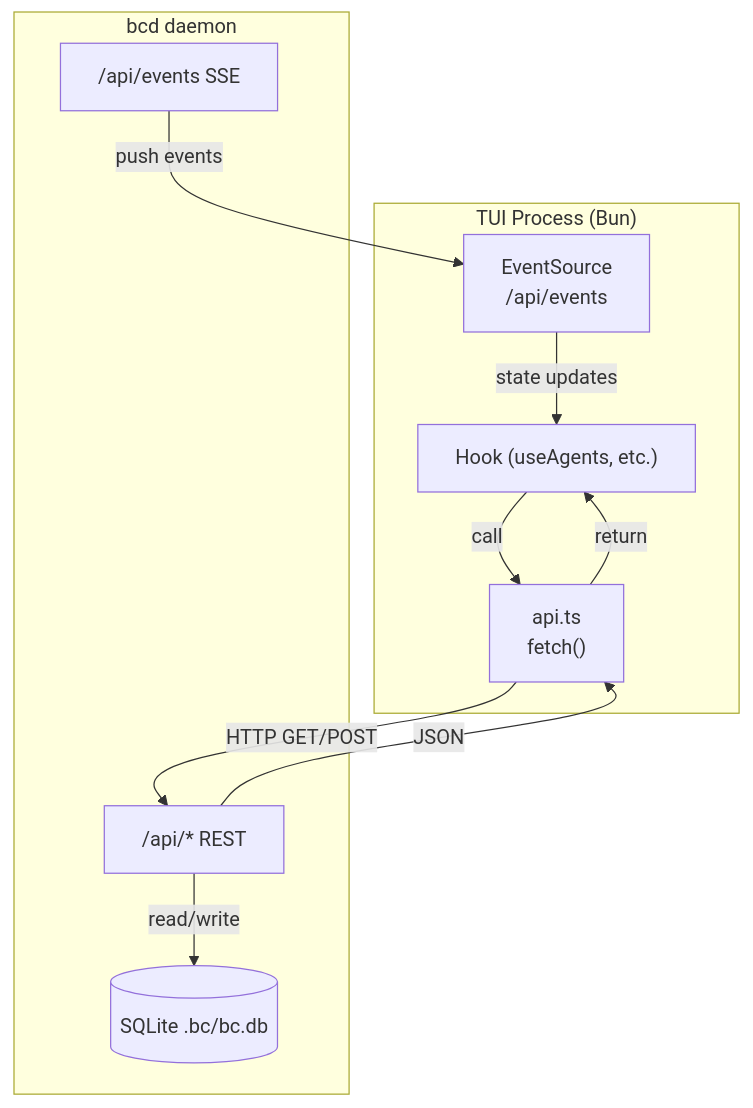
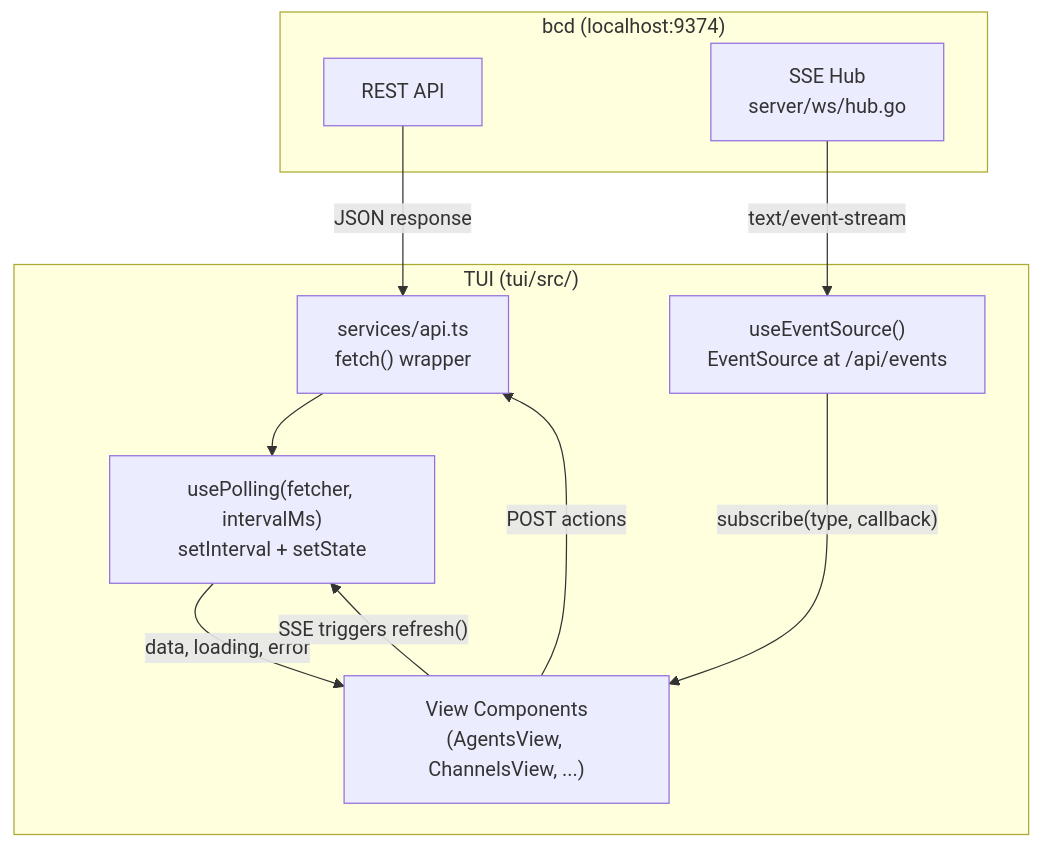
One commit to gh-curious-otter/bc changed the third of 6 diagrams in docs/architecture/frontend-data-flow.md. Above: the diagram before and after it, drawn with Mermaid. The commit also changed other lines of this file, not shown here.

Commit message:
docs: rewrite frontend-data-flow.md — TUI is API client, remove legacy framing

````diff
--- a/docs/architecture/frontend-data-flow.md
+++ b/docs/architecture/frontend-data-flow.md
@@ -113,23 +317,22 @@
 ```mermaid
 flowchart TD
-    subgraph TUI["TUI Process (Bun)"]
-        Hook["Hook (useAgents, etc.)"]
-        Client["api.ts\nfetch()"]
-        SSE["EventSource\n/api/events"]
+    subgraph bcd["bcd (localhost:9374)"]
+        API[REST API]
+        SSE_Hub[SSE Hub<br/>server/ws/hub.go]
     end
 
-    subgraph Daemon["bcd daemon"]
-        API["/api/* REST"]
-        Events["/api/events SSE"]
-        DB[("SQLite .bc/bc.db")]
+    subgraph TUI["TUI (tui/src/)"]
+        ApiClient["services/api.ts<br/>fetch() wrapper"]
+        EventSrc["useEventSource()<br/>EventSource at /api/events"]
+        Polling["usePolling(fetcher, intervalMs)<br/>setInterval + setState"]
+        Views["View Components<br/>(AgentsView, ChannelsView, ...)"]
     end
 
-    Hook -->|call| Client
-    Client -->|HTTP GET/POST| API
-    API -->|read/write| DB
-    API -->|JSON| Client
-    Client -->|return| Hook
-
-    Events -->|push events| SSE
-    SSE -->|state updates| Hook
+    API -->|"JSON response"| ApiClient
+    SSE_Hub -->|"text/event-stream"| EventSrc
+    ApiClient --> Polling
+    Polling -->|"data, loading, error"| Views
+    EventSrc -->|"subscribe(type, callback)"| Views
+    Views -->|"SSE triggers refresh()"| Polling
+    Views -->|"POST actions"| ApiClient
 ```
````
